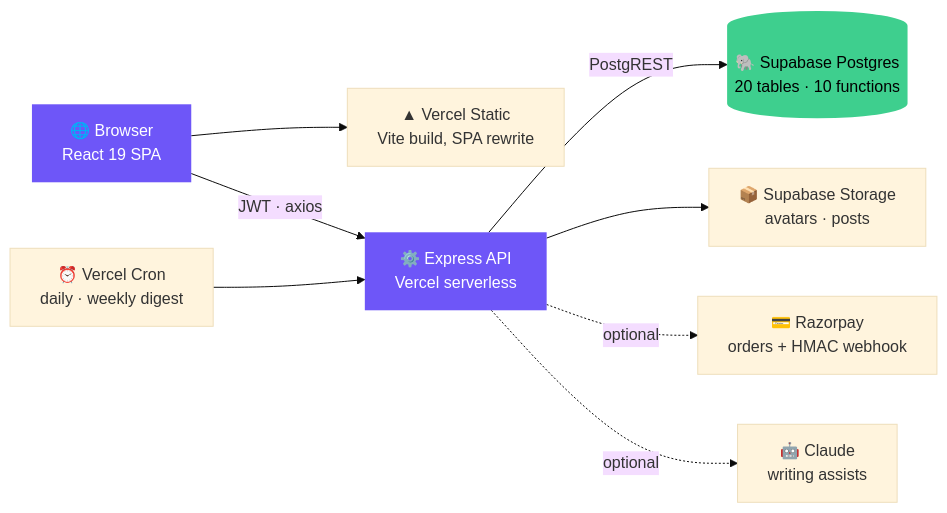
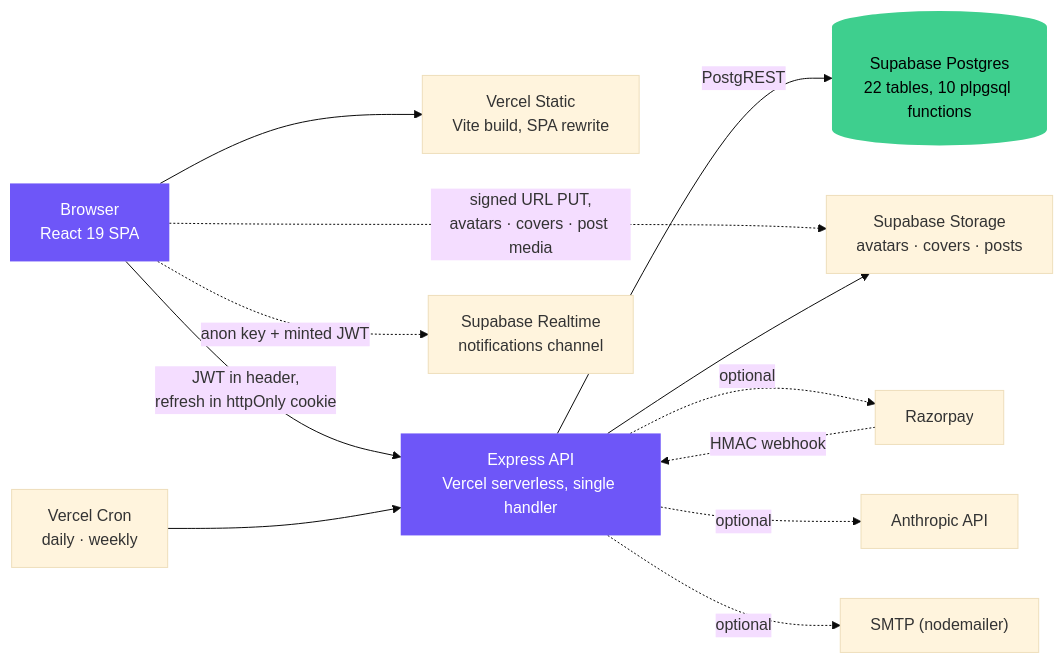
Before and after one commit to vikramyadav1404/nexora: the diagram in README.md, drawn with Mermaid (base theme). The commit also changed other lines of this file and 10 other files, not shown here.

````diff
--- a/README.md
+++ b/README.md
@@ -71,23 +9,29 @@
 ```mermaid
 flowchart LR
-    B["🌐 Browser<br/>React 19 SPA"]
-    V["▲ Vercel Static<br/>Vite build, SPA rewrite"]
-    A["⚙️ Express API<br/>Vercel serverless"]
-    D[("🐘 Supabase Postgres<br/>20 tables · 10 functions")]
-    S["📦 Supabase Storage<br/>avatars · posts"]
-    R["💳 Razorpay<br/>orders + HMAC webhook"]
-    C["🤖 Claude<br/>writing assists"]
-    K["⏰ Vercel Cron<br/>daily · weekly digest"]
+    B["Browser<br/>React 19 SPA"]
+    S["Vercel Static<br/>Vite build, SPA rewrite"]
+    A["Express API<br/>Vercel serverless, single handler"]
+    PG[("Supabase Postgres<br/>22 tables, 10 plpgsql functions")]
+    ST["Supabase Storage<br/>avatars · covers · posts"]
+    RT["Supabase Realtime<br/>notifications channel"]
+    CR["Vercel Cron<br/>daily · weekly"]
+    RZ["Razorpay"]
+    AN["Anthropic API"]
+    SM["SMTP (nodemailer)"]
 
-    B --> V
-    B -->|"JWT · axios"| A
-    A -->|"PostgREST"| D
-    A --> S
-    A -.optional.-> R
-    A -.optional.-> C
-    K --> A
+    B --> S
+    B -->|"JWT in header,<br/>refresh in httpOnly cookie"| A
+    B -.->|"signed URL PUT,<br/>avatars · covers · post media"| ST
+    B -.->|"anon key + minted JWT"| RT
+    A -->|PostgREST| PG
+    A --> ST
+    A -.optional.-> RZ
+    A -.optional.-> AN
+    A -.optional.-> SM
+    RZ -.->|"HMAC webhook"| A
+    CR --> A
 
     style B fill:#6E56F8,color:#fff,stroke:none
     style A fill:#6E56F8,color:#fff,stroke:none
-    style D fill:#3ECF8E,color:#000,stroke:none
+    style PG fill:#3ECF8E,color:#000,stroke:none
 ```
````
